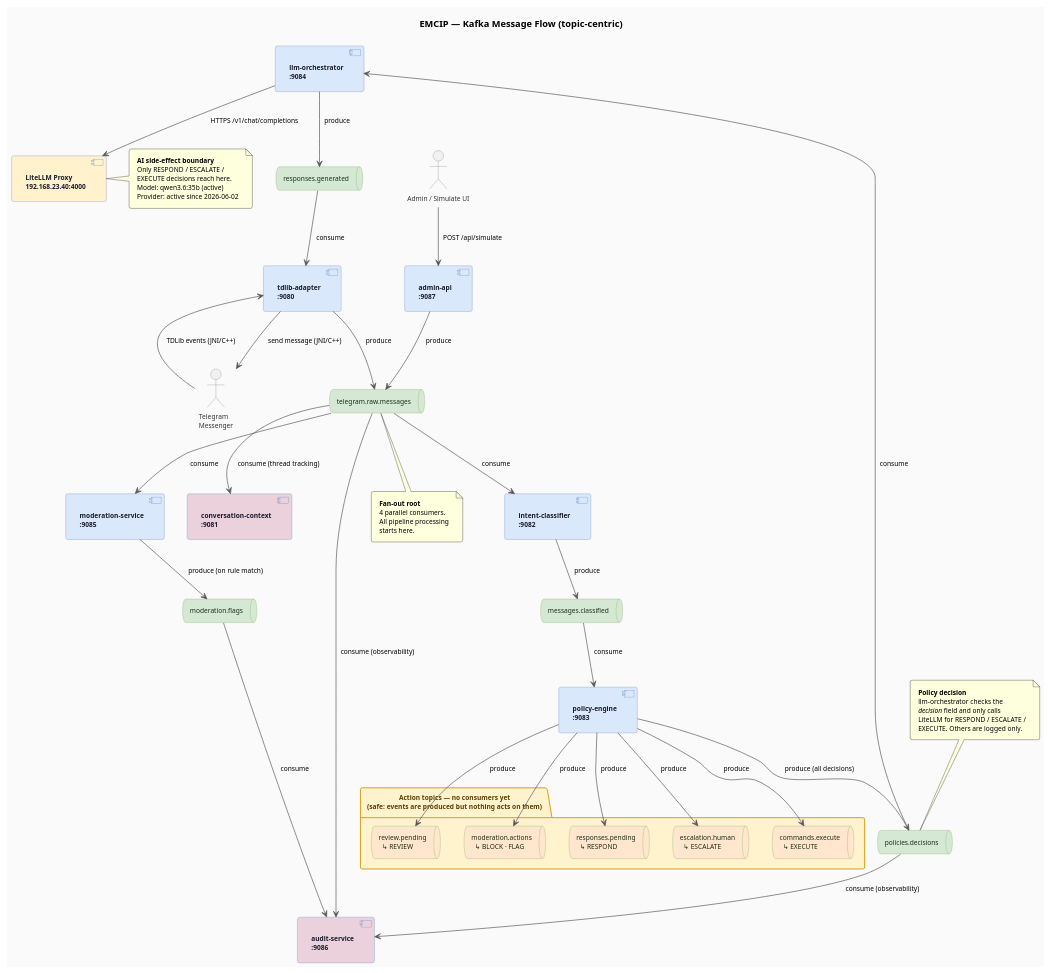
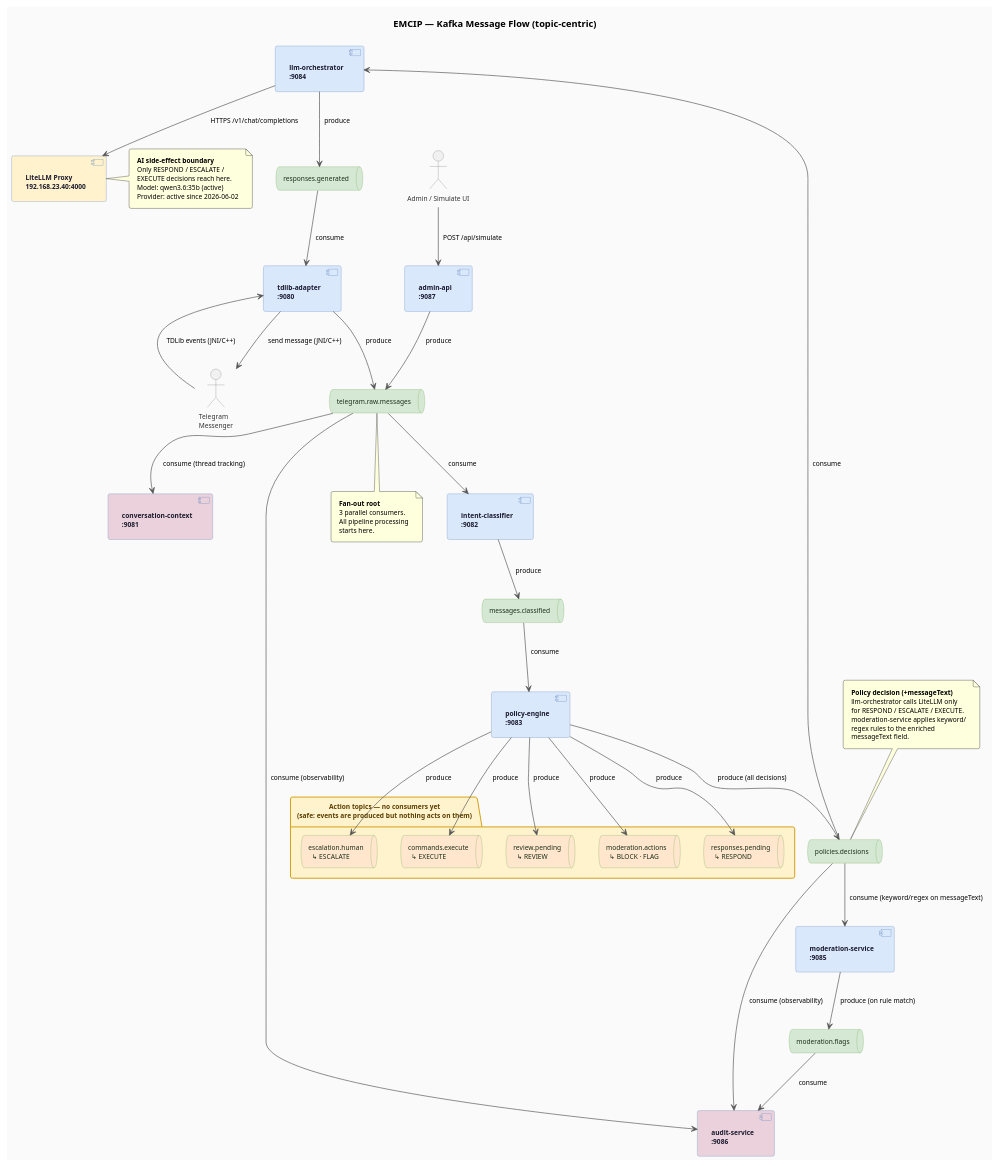
Before and after one commit to theyellow/ecip: the diagram in documentation/diagrams/kafka-topic-flow.puml, drawn with PlantUML. The commit also changed 1 other file, not shown here.

Commit message:
docs: update kafka topology diagram and backlog for moderation-service rewire (#34)
- kafka-topic-flow.puml: remove mod from telegram.raw.messages fan-out (4 → 3 consumers)
- kafka-topic-flow.puml: add mod as consumer of policies.decisions with keyword/regex note
- kafka-topic-flow.puml: update both legend notes to reflect new topology
- BACKLOG.md: mark #34 done (2026-06-05), update header date line

```diff
--- a/documentation/diagrams/kafka-topic-flow.puml
+++ b/documentation/diagrams/kafka-topic-flow.puml
@@ -1,141 +1,142 @@
 @startuml kafka-topic-flow
 
 ' Purpose: Topic-centric Kafka message flow — every topic is an explicit node.
 '          Shows which service produces/consumes each topic, and which action
 '          topics have no consumer yet (safe side-effect boundary).
 ' Companion to: c2-container.puml (which collapses Kafka into one node)
 
 title EMCIP — Kafka Message Flow (topic-centric)
 
 'left to right direction
 
 skinparam BackgroundColor #FAFAFA
 skinparam DefaultFontName Arial
 skinparam DefaultFontSize 10
 skinparam ArrowColor #555555
 skinparam Padding 6
 skinparam RoundCorner 6
 
 skinparam component {
   BackgroundColor #DAE8FC
   BorderColor     #6C8EBF
   FontColor       #1A1A2E
   FontStyle       bold
 }
 
 skinparam queue {
   BackgroundColor #D5E8D4
   BorderColor     #82B366
   FontColor       #1A2E1A
 }
 
 skinparam actor {
   BorderColor #888888
   FontColor   #333333
 }
 
 skinparam package {
   BackgroundColor #FFF3CD
   BorderColor     #D4A017
   FontColor       #5A3E00
   FontStyle       bold
 }
 
 ' ── External ─────────────────────────────────────────────────────────────────
 actor "Telegram\nMessenger" as telegram
 actor "Admin / Simulate UI" as admin
 
 ' ── Services ─────────────────────────────────────────────────────────────────
 component "tdlib-adapter\n:9080" as tdlib
 component "admin-api\n:9087"     as api
 component "intent-classifier\n:9082" as clf
 component "moderation-service\n:9085" as mod
 component "conversation-context\n:9081" as ctx   #EAD1DC
 component "audit-service\n:9086"        as audit #EAD1DC
 component "policy-engine\n:9083"        as pe
 component "llm-orchestrator\n:9084"     as llm
 component "LiteLLM Proxy\n192.168.23.40:4000" as litellm #FFF2CC
 
 ' ── Pipeline Topics (active — have at least one consumer) ────────────────────
 queue "telegram.raw.messages"  as t_raw
 queue "messages.classified"    as t_classified
 queue "moderation.flags"       as t_flags
 queue "policies.decisions"     as t_decisions
 queue "responses.generated"    as t_generated
 
 ' ── Action Topics (produced by policy-engine; no consumers wired yet) ─────────
 package "Action topics — no consumers yet\n(safe: events are produced but nothing acts on them)" {
   queue "moderation.actions\n  ↳ BLOCK · FLAG" as a_moderation  #FFE6CC
   queue "responses.pending\n  ↳ RESPOND"       as a_respond     #FFE6CC
   queue "escalation.human\n  ↳ ESCALATE"       as a_escalation  #FFE6CC
   queue "commands.execute\n  ↳ EXECUTE"         as a_commands    #FFE6CC
   queue "review.pending\n  ↳ REVIEW"            as a_review      #FFE6CC
 }
 
 ' ── Flow ─────────────────────────────────────────────────────────────────────
 
 ' --- Ingestion ---
 telegram --> tdlib : TDLib events (JNI/C++)
 admin    --> api   : POST /api/simulate
 
 tdlib --> t_raw : produce
 api   --> t_raw : produce
 
 ' --- Fan-out from telegram.raw.messages ---
 t_raw --> clf   : consume
-t_raw --> mod   : consume
 t_raw --> ctx   : consume (thread tracking)
 t_raw --> audit : consume (observability)
 
 ' --- Stage 1 output ---
 clf --> t_classified : produce
 mod --> t_flags      : produce (on rule match)
 
 t_flags --> audit : consume
 
 ' --- Stage 2: Policy evaluation ---
 t_classified --> pe : consume
 
 pe --> t_decisions  : produce (all decisions)
 pe --> a_moderation : produce
 pe --> a_respond    : produce
 pe --> a_escalation : produce
 pe --> a_commands   : produce
 pe --> a_review     : produce
 
-' --- Stage 3: LLM action (only for RESPOND / ESCALATE / EXECUTE decisions) ---
+' --- Stage 3: LLM action + moderation keyword check ---
 t_decisions --> llm   : consume
+t_decisions --> mod   : consume (keyword/regex on messageText)
 t_decisions --> audit : consume (observability)
 
 llm --> litellm   : HTTPS /v1/chat/completions
 llm --> t_generated : produce
 
 ' --- Response loop back to Telegram ---
 t_generated --> tdlib    : consume
 tdlib        --> telegram : send message (JNI/C++)
 
 ' ── Legend notes ─────────────────────────────────────────────────────────────
 note bottom of t_raw
   <b>Fan-out root</b>
-  4 parallel consumers.
+  3 parallel consumers.
   All pipeline processing
   starts here.
 end note
 
 note top of t_decisions
-  <b>Policy decision</b>
-  llm-orchestrator checks the
-  <i>decision</i> field and only calls
-  LiteLLM for RESPOND / ESCALATE /
-  EXECUTE. Others are logged only.
+  <b>Policy decision (+messageText)</b>
+  llm-orchestrator calls LiteLLM only
+  for RESPOND / ESCALATE / EXECUTE.
+  moderation-service applies keyword/
+  regex rules to the enriched
+  messageText field.
 end note
 
 note right of litellm
   <b>AI side-effect boundary</b>
   Only RESPOND / ESCALATE /
   EXECUTE decisions reach here.
   Model: qwen3.6:35b (active)
   Provider: active since 2026-06-02
 end note
 
 @enduml
```
